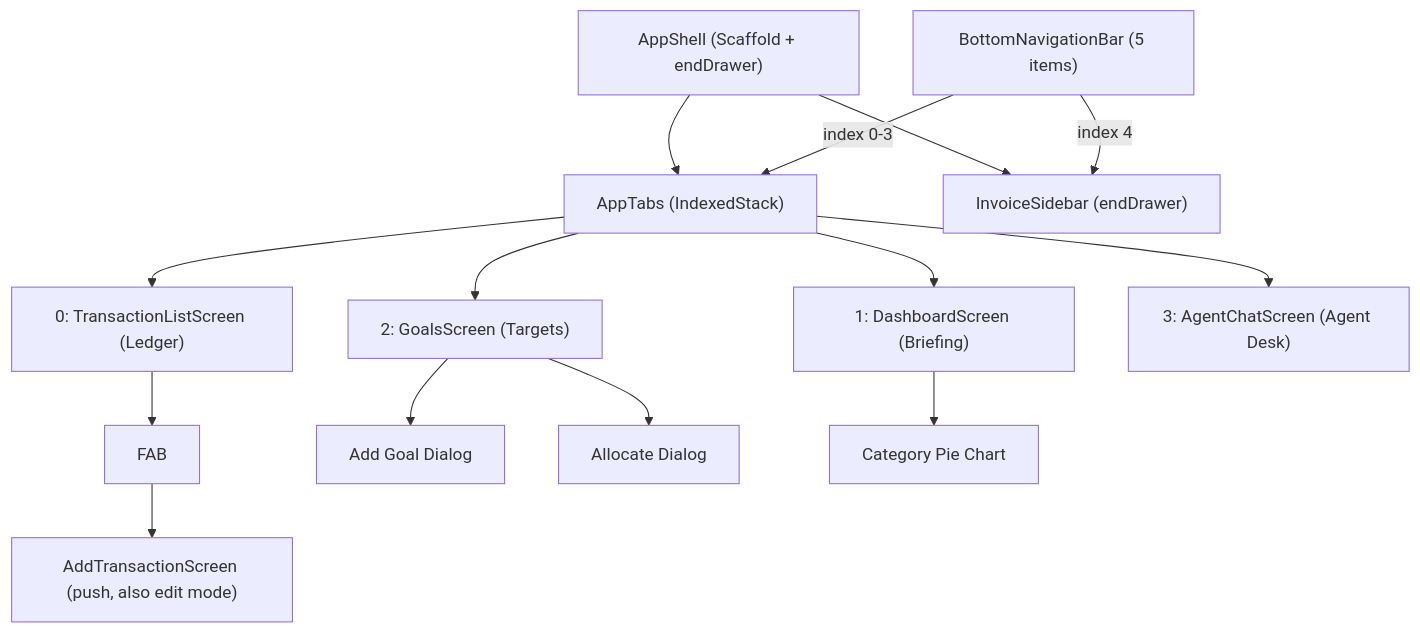
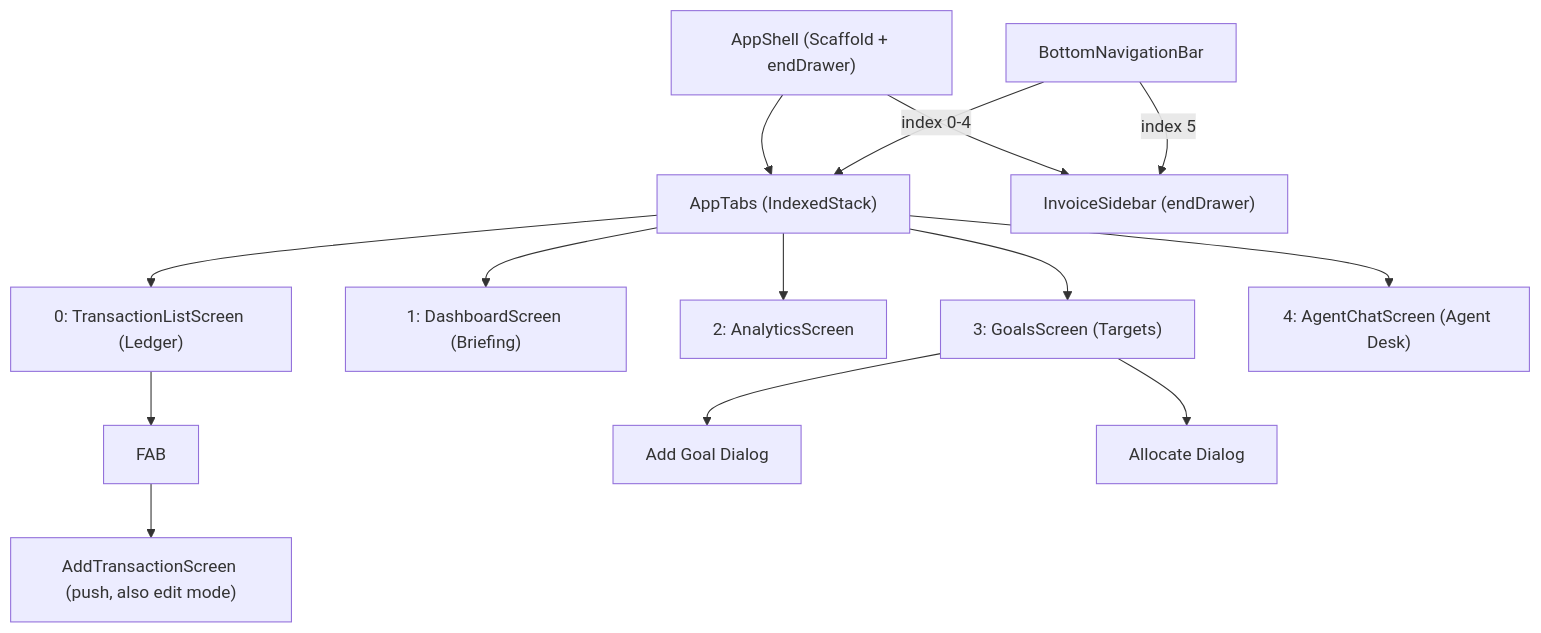
One commit to maybemnv/Financial-Tracker changed the second of 5 diagrams in docs/ARCHITECTURE.md. Above: the diagram before and after it, drawn with Mermaid. The commit also changed other lines of this file and 11 other files, not shown here.

````diff
--- a/docs/ARCHITECTURE.md
+++ b/docs/ARCHITECTURE.md
@@ -45,18 +44,18 @@
 ```mermaid
 graph TD
     AppShell["AppShell (Scaffold + endDrawer)"] --> AppTabs["AppTabs (IndexedStack)"]
     AppShell --> InvoiceSidebar["InvoiceSidebar (endDrawer)"]
 
     AppTabs --> Tab0["0: TransactionListScreen (Ledger)"]
     AppTabs --> Tab1["1: DashboardScreen (Briefing)"]
-    AppTabs --> Tab2["2: GoalsScreen (Targets)"]
-    AppTabs --> Tab3["3: AgentChatScreen (Agent Desk)"]
+    AppTabs --> Tab2["2: AnalyticsScreen"]
+    AppTabs --> Tab3["3: GoalsScreen (Targets)"]
+    AppTabs --> Tab4["4: AgentChatScreen (Agent Desk)"]
 
     Tab0 --> FAB["FAB"] --> AddTx["AddTransactionScreen (push, also edit mode)"]
-    Tab2 --> AddGoal["Add Goal Dialog"]
-    Tab2 --> Allocate["Allocate Dialog"]
-    Tab1 --> PieChart["Category Pie Chart"]
+    Tab3 --> AddGoal["Add Goal Dialog"]
+    Tab3 --> Allocate["Allocate Dialog"]
 
-    BottomNav["BottomNavigationBar (5 items)"] -->|index 0-3| AppTabs
-    BottomNav -->|index 4| InvoiceSidebar
+    BottomNav["BottomNavigationBar"] -->|index 0-4| AppTabs
+    BottomNav -->|index 5| InvoiceSidebar
 ```
````
